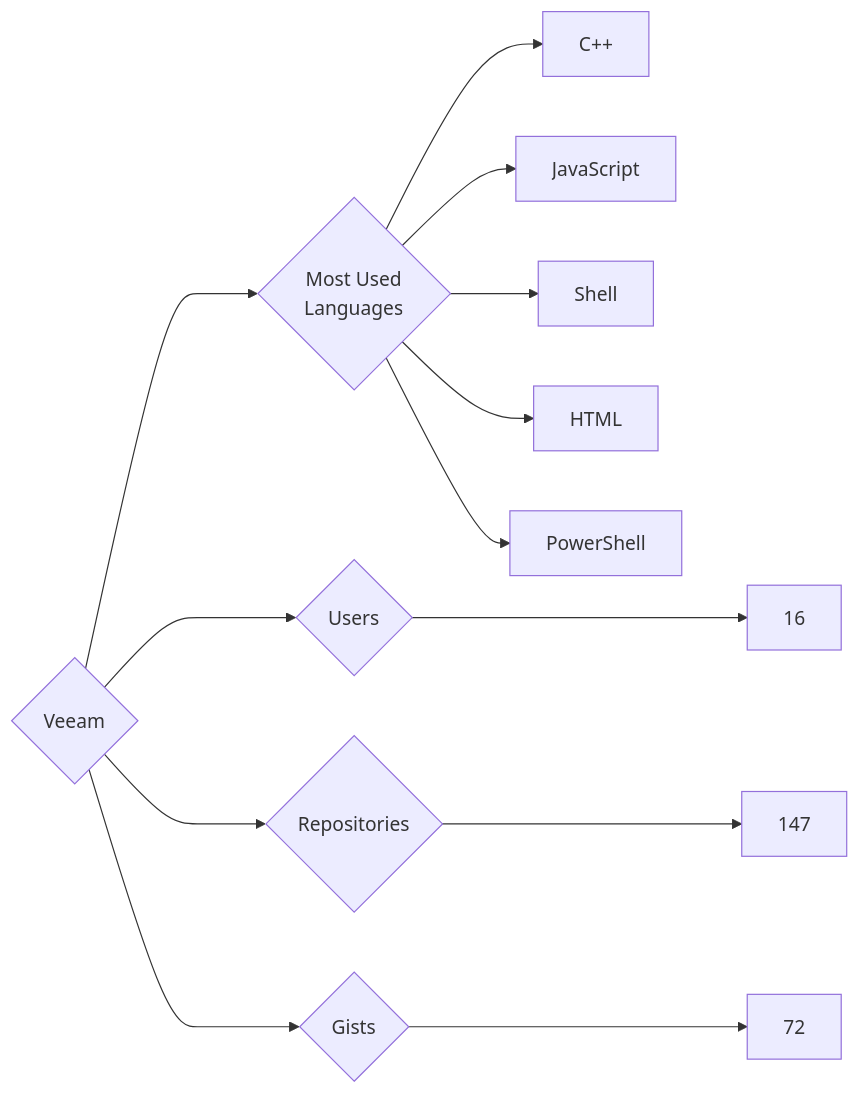
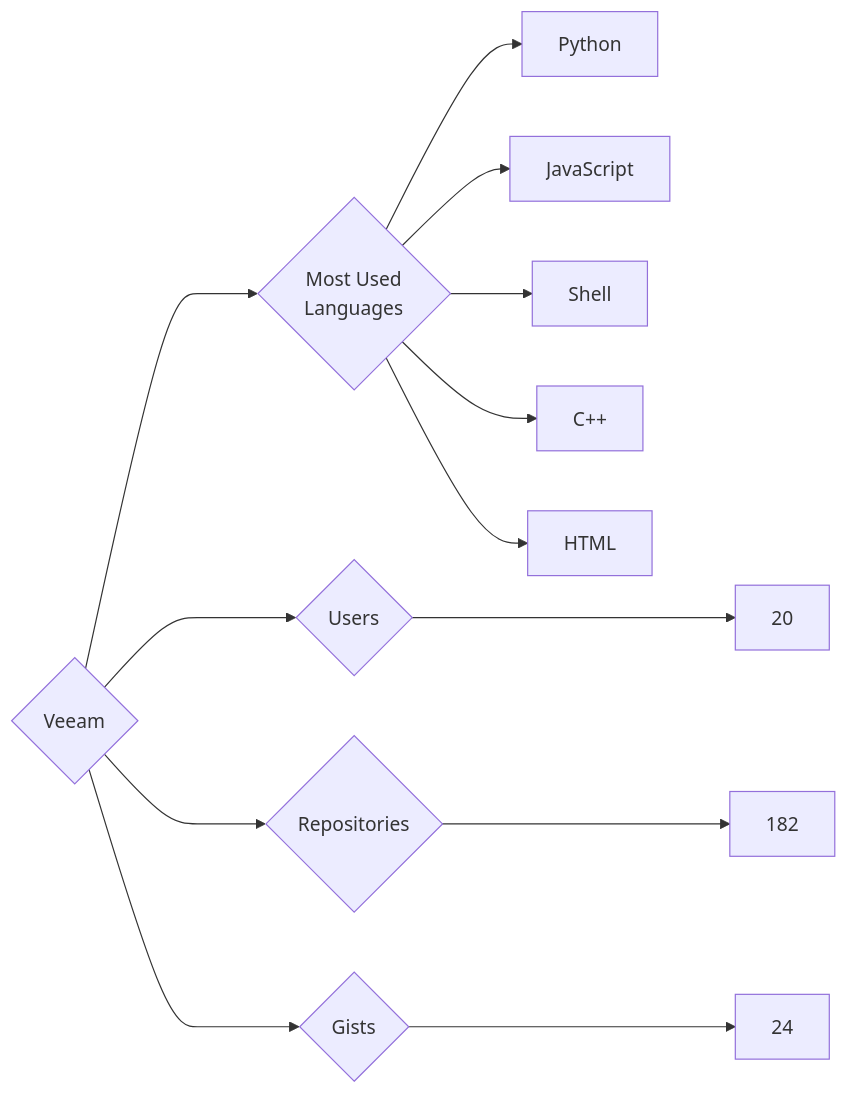
One commit to trickest/insiders changed the diagram in targets/Veeam/README.md. Above: the diagram before and after it, drawn with Mermaid. The commit also changed 878 other files, not shown here.

````diff
--- a/targets/Veeam/README.md
+++ b/targets/Veeam/README.md
@@ -3,13 +3,13 @@
 ```mermaid
 graph LR
 COMPANY_NAME{Veeam}
-COMPANY_NAME ---> U{Users} ---> UN[16]
-COMPANY_NAME ---> R{Repositories} ---> RN[147]
-COMPANY_NAME ---> G{Gists} ---> GN[72]
+COMPANY_NAME ---> U{Users} ---> UN[20]
+COMPANY_NAME ---> R{Repositories} ---> RN[182]
+COMPANY_NAME ---> G{Gists} ---> GN[24]
 COMPANY_NAME ---> ML{Most Used<br>Languages}
-ML --> C++[C++]
+ML --> Python[Python]
 ML --> JavaScript[JavaScript]
 ML --> Shell[Shell]
+ML --> C++[C++]
 ML --> HTML[HTML]
-ML --> PowerShell[PowerShell]
 ```
````
